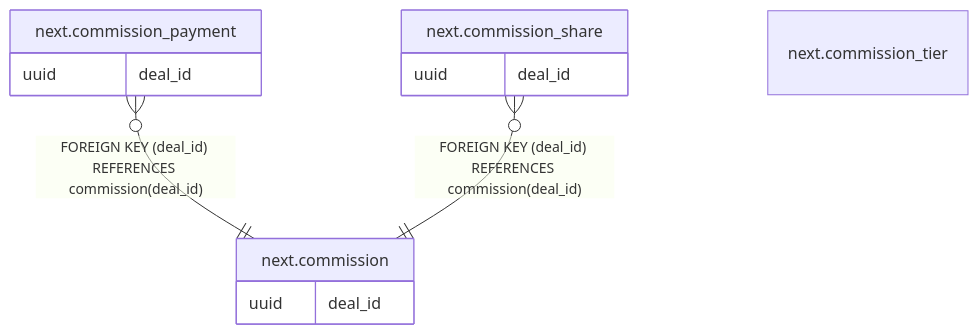
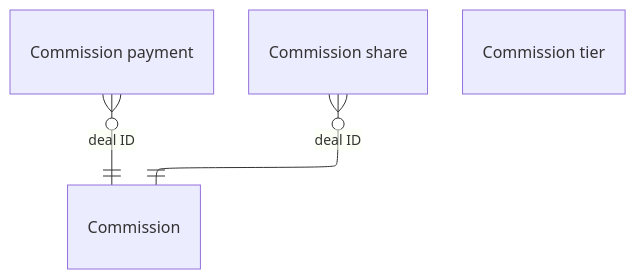
Before and after one commit to DoctorCRE/doctorcre-engine: the diagram in docs/database/tables/viewpoint-commissions.md, drawn with Mermaid. The commit also changed other lines of this file and 29 other files, not shown here.

````diff
--- a/docs/database/tables/viewpoint-commissions.md
+++ b/docs/database/tables/viewpoint-commissions.md
@@ -18,18 +3,16 @@
 ```mermaid
+---
+config:
+  layout: elk
+  er:
+    nodeSpacing: 22
+    rankSpacing: 44
+---
 erDiagram
-
-"next.commission_payment" }o--|| "next.commission" : "FOREIGN KEY (deal_id) REFERENCES commission(deal_id)"
-"next.commission_share" }o--|| "next.commission" : "FOREIGN KEY (deal_id) REFERENCES commission(deal_id)"
-
-"next.commission" {
-  uuid deal_id
-}
-"next.commission_payment" {
-  uuid deal_id
-}
-"next.commission_share" {
-  uuid deal_id
-}
-"next.commission_tier" {
-}
+  "Commission"
+  "Commission payment"
+  "Commission share"
+  "Commission tier"
+  "Commission payment" }o--|| "Commission" : "deal ID"
+  "Commission share" }o--|| "Commission" : "deal ID"
 ```
````
